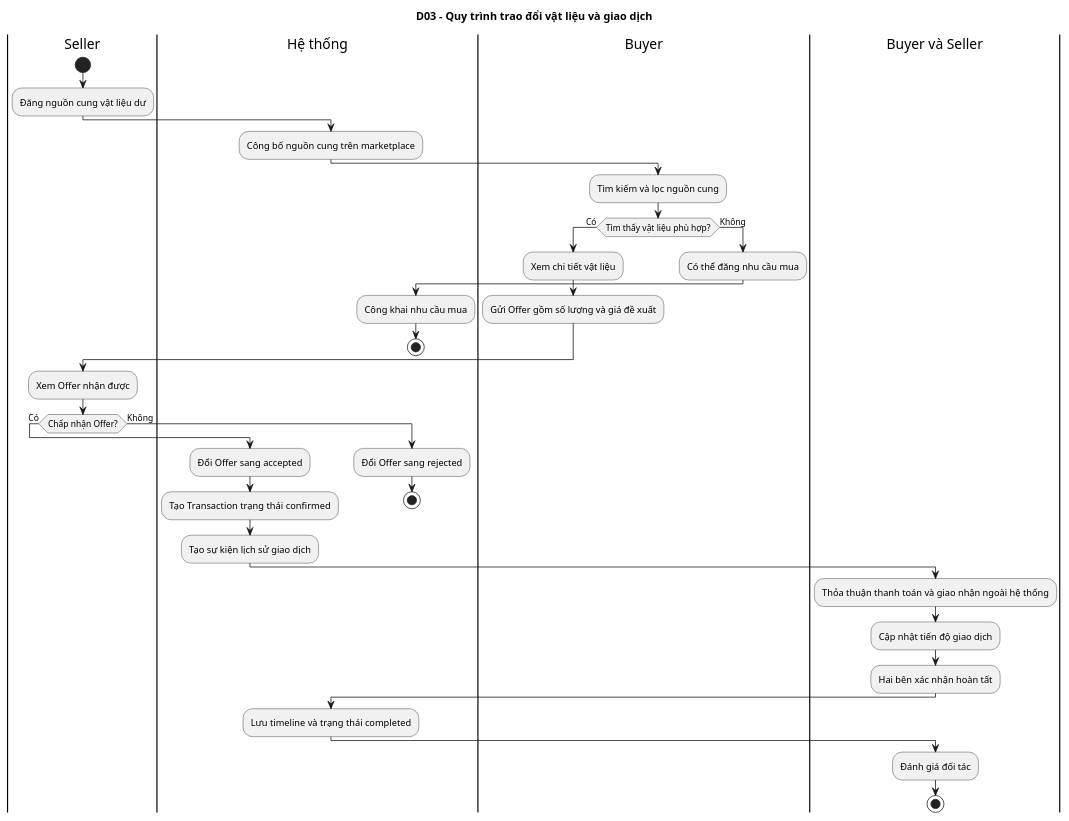
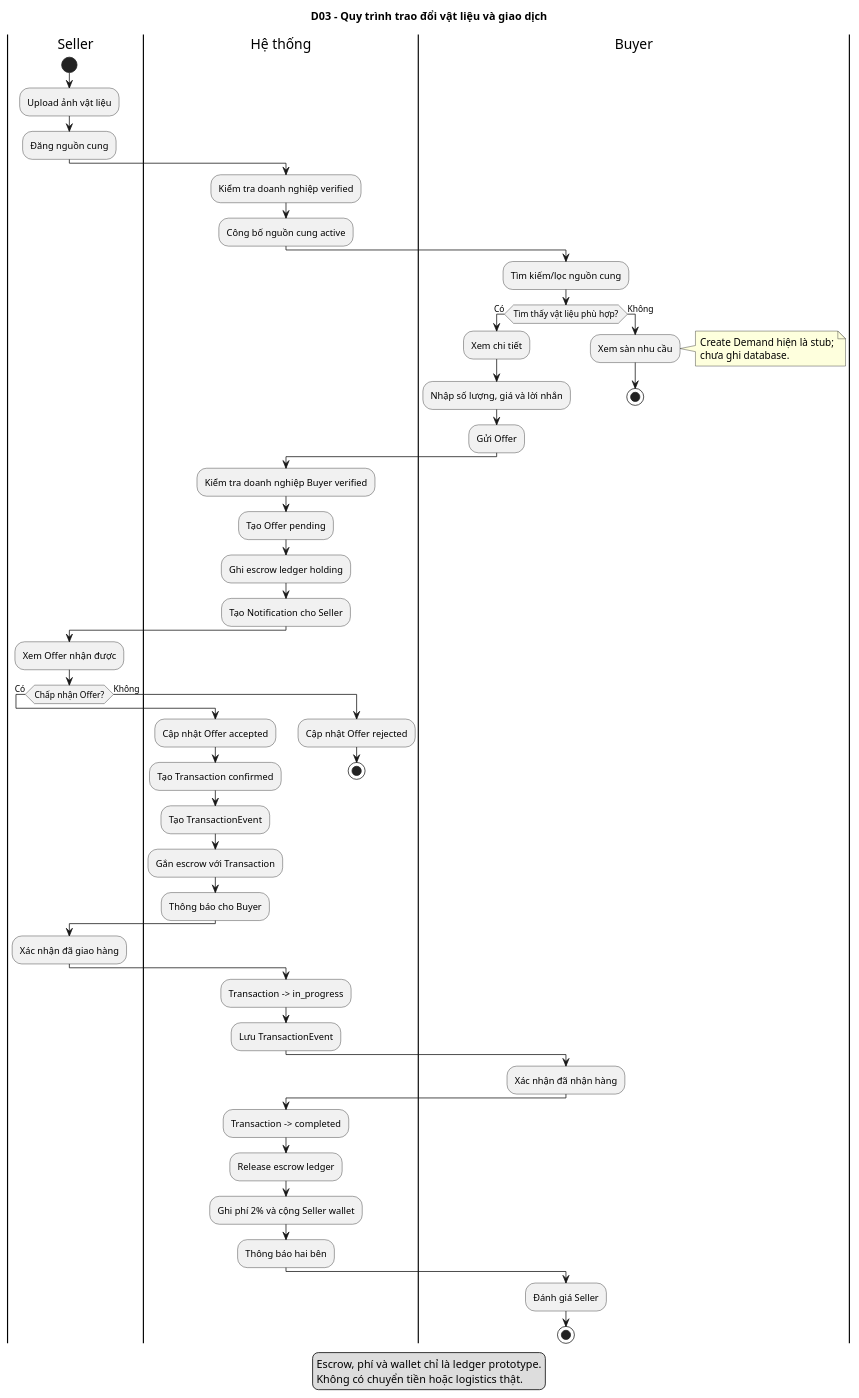
Before and after one commit to NguyetNgaLe/Circular-Materials-Exchange: the diagram in project-submission/04-diagrams/chapter-02-business/D03-circular-transaction-activity.puml, drawn with PlantUML. The commit also changed 129 other files, not shown here.

```diff
--- a/project-submission/04-diagrams/chapter-02-business/D03-circular-transaction-activity.puml
+++ b/project-submission/04-diagrams/chapter-02-business/D03-circular-transaction-activity.puml
@@ -1,47 +1,71 @@
 @startuml
 title D03 - Quy trình trao đổi vật liệu và giao dịch
 
 |Seller|
 start
-:Đăng nguồn cung vật liệu dư;
+:Upload ảnh vật liệu;
+:Đăng nguồn cung;
 
 |Hệ thống|
-:Công bố nguồn cung trên marketplace;
+:Kiểm tra doanh nghiệp verified;
+:Công bố nguồn cung active;
 
 |Buyer|
-:Tìm kiếm và lọc nguồn cung;
+:Tìm kiếm/lọc nguồn cung;
 if (Tìm thấy vật liệu phù hợp?) then (Có)
-  :Xem chi tiết vật liệu;
-  :Gửi Offer gồm số lượng và giá đề xuất;
+  :Xem chi tiết;
+  :Nhập số lượng, giá và lời nhắn;
+  :Gửi Offer;
 else (Không)
-  :Có thể đăng nhu cầu mua;
-  |Hệ thống|
-  :Công khai nhu cầu mua;
+  :Xem sàn nhu cầu;
+  note right
+    Create Demand hiện là stub;
+    chưa ghi database.
+  end note
   stop
 endif
+
+|Hệ thống|
+:Kiểm tra doanh nghiệp Buyer verified;
+:Tạo Offer pending;
+:Ghi escrow ledger holding;
+:Tạo Notification cho Seller;
 
 |Seller|
 :Xem Offer nhận được;
 if (Chấp nhận Offer?) then (Có)
   |Hệ thống|
-  :Đổi Offer sang accepted;
-  :Tạo Transaction trạng thái confirmed;
-  :Tạo sự kiện lịch sử giao dịch;
+  :Cập nhật Offer accepted;
+  :Tạo Transaction confirmed;
+  :Tạo TransactionEvent;
+  :Gắn escrow với Transaction;
+  :Thông báo cho Buyer;
 else (Không)
   |Hệ thống|
-  :Đổi Offer sang rejected;
+  :Cập nhật Offer rejected;
   stop
 endif
 
-|Buyer và Seller|
-:Thỏa thuận thanh toán và giao nhận ngoài hệ thống;
-:Cập nhật tiến độ giao dịch;
-:Hai bên xác nhận hoàn tất;
+|Seller|
+:Xác nhận đã giao hàng;
+|Hệ thống|
+:Transaction -> in_progress;
+:Lưu TransactionEvent;
 
+|Buyer|
+:Xác nhận đã nhận hàng;
 |Hệ thống|
-:Lưu timeline và trạng thái completed;
+:Transaction -> completed;
+:Release escrow ledger;
+:Ghi phí 2% và cộng Seller wallet;
+:Thông báo hai bên;
 
-|Buyer và Seller|
-:Đánh giá đối tác;
+|Buyer|
+:Đánh giá Seller;
 stop
+
+legend bottom
+  Escrow, phí và wallet chỉ là ledger prototype.
+  Không có chuyển tiền hoặc logistics thật.
+endlegend
 @enduml
```
